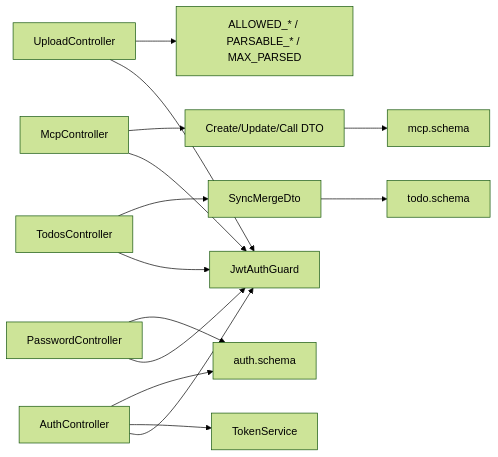
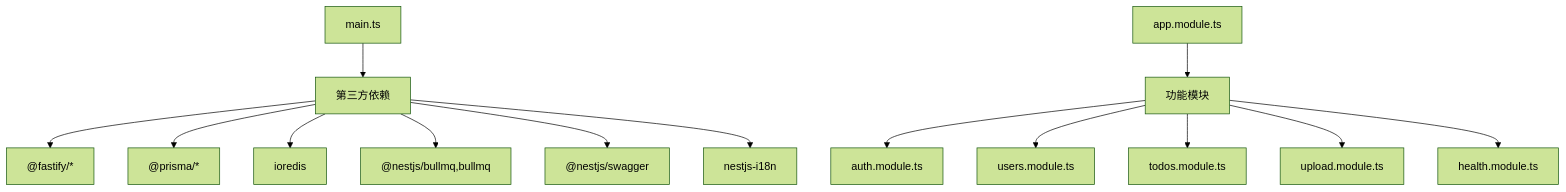
The seventh of 7 diagrams in .qoder/repowiki/zh/content/API 接口文档/RESTful API.md (xixixiaoyu/Todo), drawn with Mermaid (forest theme) before and after one commit. The commit also changed other lines of this file and 77 other files, not shown here.

````diff
--- a/.qoder/repowiki/zh/content/API 接口文档/RESTful API.md
+++ b/.qoder/repowiki/zh/content/API 接口文档/RESTful API.md
@@ -475,16 +302,16 @@
 ```mermaid
-graph LR
-AUTH_C["AuthController"] --> JWT_G["JwtAuthGuard"]
-PASS_C["PasswordController"] --> JWT_G
-TODO_C["TodosController"] --> JWT_G
-MCP_C["McpController"] --> JWT_G
-UPLOAD_C["UploadController"] --> JWT_G
-AUTH_C --> TOKEN_S["TokenService"]
-TODO_C --> TODO_DTO["SyncMergeDto"]
-MCP_C --> MCP_DTO["Create/Update/Call DTO"]
-UPLOAD_C --> UPLOAD_CONST["ALLOWED_* / PARSABLE_* / MAX_PARSED"]
-TODO_DTO --> SHARED_TODO["todo.schema"]
-MCP_DTO --> SHARED_MCP["mcp.schema"]
-AUTH_C --> SHARED_AUTH["auth.schema"]
-PASS_C --> SHARED_AUTH
+graph TB
+MAIN["main.ts"] --> DEPS["第三方依赖"]
+APP["app.module.ts"] --> MODS["功能模块"]
+MODS --> AUTH["auth.module.ts"]
+MODS --> USERS["users.module.ts"]
+MODS --> TODOS["todos.module.ts"]
+MODS --> UPLOAD["upload.module.ts"]
+MODS --> HEALTH["health.module.ts"]
+DEPS --> FASTIFY["@fastify/*"]
+DEPS --> PRISMA["@prisma/*"]
+DEPS --> REDIS["ioredis"]
+DEPS --> BULLMQ["@nestjs/bullmq,bullmq"]
+DEPS --> SWAGGER["@nestjs/swagger"]
+DEPS --> I18N["nestjs-i18n"]
 ```
````
